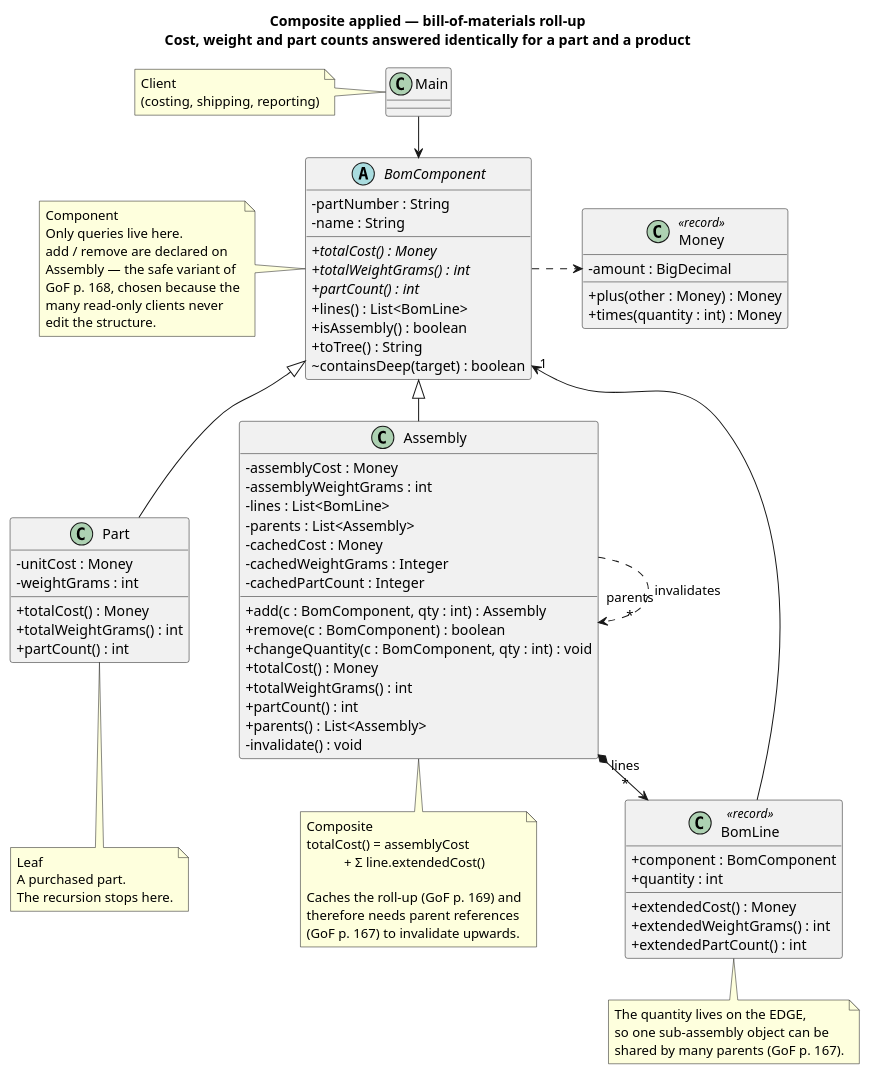
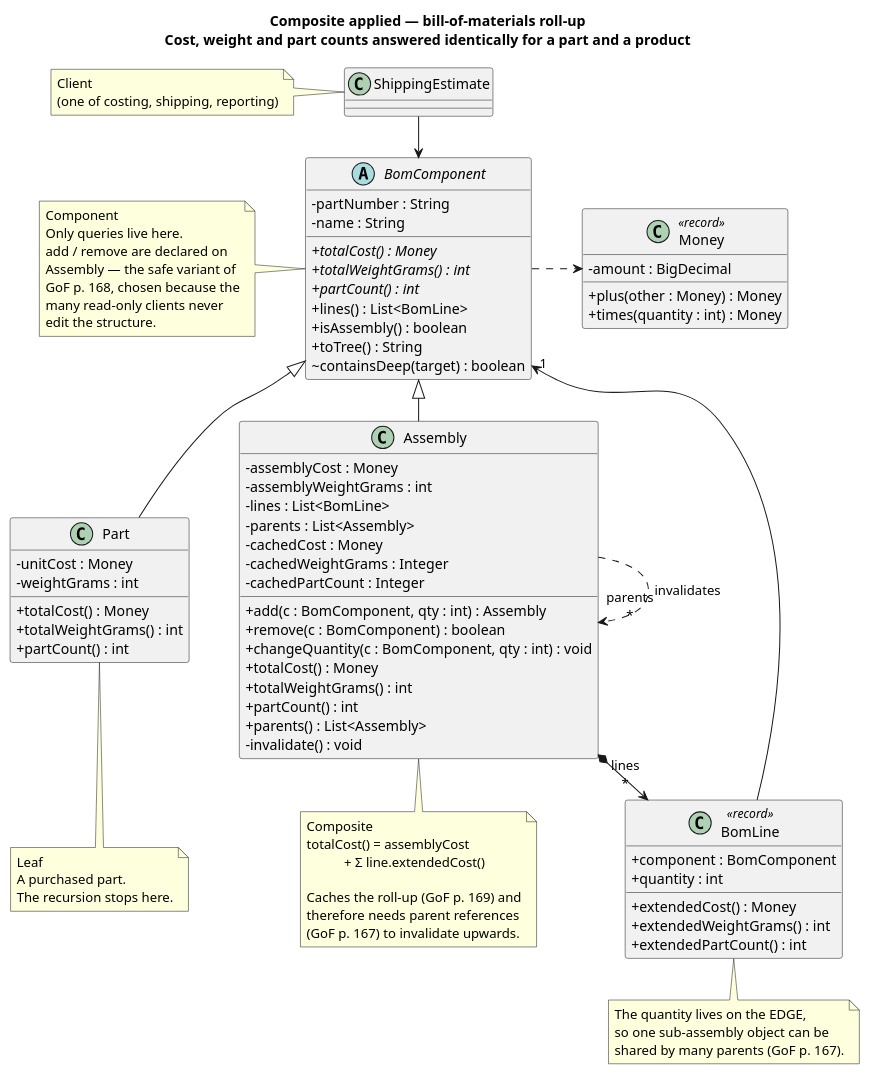
Before and after one commit to kaldiroglu/DesignPatternsWithJava: the diagram in src/main/java/dev/kaldiroglu/dp/structural/composite/bom/solution/CD.puml, drawn with PlantUML. The commit also changed 13 other files, not shown here.

Commit message:
Composite: a directory cannot move into its own subtree, add takes the child from its old parent, DiskReportMain prints the slide's totals, diagrams name real clients

```diff
--- a/src/main/java/dev/kaldiroglu/dp/structural/composite/bom/solution/CD.puml
+++ b/src/main/java/dev/kaldiroglu/dp/structural/composite/bom/solution/CD.puml
@@ -1,99 +1,99 @@
 @startuml Composite-BOM
 skinparam classAttributeIconSize 0
 skinparam nodesep 50
 skinparam ranksep 40
 
 title Composite applied — bill-of-materials roll-up\nCost, weight and part counts answered identically for a part and a product
 
 abstract class BomComponent {
   - partNumber : String
   - name : String
   + {abstract} totalCost() : Money
   + {abstract} totalWeightGrams() : int
   + {abstract} partCount() : int
   + lines() : List<BomLine>
   + isAssembly() : boolean
   + toTree() : String
   ~ containsDeep(target) : boolean
 }
 note left of BomComponent
   Component
   Only queries live here.
   add / remove are declared on
   Assembly — the safe variant of
   GoF p. 168, chosen because the
   many read-only clients never
   edit the structure.
 end note
 
 class Part {
   - unitCost : Money
   - weightGrams : int
   + totalCost() : Money
   + totalWeightGrams() : int
   + partCount() : int
 }
 note bottom of Part
   Leaf
   A purchased part.
   The recursion stops here.
 end note
 
 class Assembly {
   - assemblyCost : Money
   - assemblyWeightGrams : int
   - lines : List<BomLine>
   - parents : List<Assembly>
   - cachedCost : Money
   - cachedWeightGrams : Integer
   - cachedPartCount : Integer
   + add(c : BomComponent, qty : int) : Assembly
   + remove(c : BomComponent) : boolean
   + changeQuantity(c : BomComponent, qty : int) : void
   + totalCost() : Money
   + totalWeightGrams() : int
   + partCount() : int
   + parents() : List<Assembly>
   - invalidate() : void
 }
 note bottom of Assembly
   Composite
   totalCost() = assemblyCost
              + Σ line.extendedCost()
 
   Caches the roll-up (GoF p. 169) and
   therefore needs parent references
   (GoF p. 167) to invalidate upwards.
 end note
 
 class BomLine <<record>> {
   + component : BomComponent
   + quantity : int
   + extendedCost() : Money
   + extendedWeightGrams() : int
   + extendedPartCount() : int
 }
 note bottom of BomLine
   The quantity lives on the EDGE,
   so one sub-assembly object can be
   shared by many parents (GoF p. 167).
 end note
 
 class Money <<record>> {
   - amount : BigDecimal
   + plus(other : Money) : Money
   + times(quantity : int) : Money
 }
 
-class Main
-note left of Main : Client\n(costing, shipping, reporting)
+class ShippingEstimate
+note left of ShippingEstimate : Client\n(one of costing, shipping, reporting)
 
-Main --> BomComponent
+ShippingEstimate --> BomComponent
 BomComponent <|-- Part
 BomComponent <|-- Assembly
 Assembly *--> "lines\n*" BomLine
 BomLine --> "1" BomComponent
 Assembly ..> "parents\n*" Assembly : invalidates
 BomComponent .right.> Money
 
 @enduml
```
